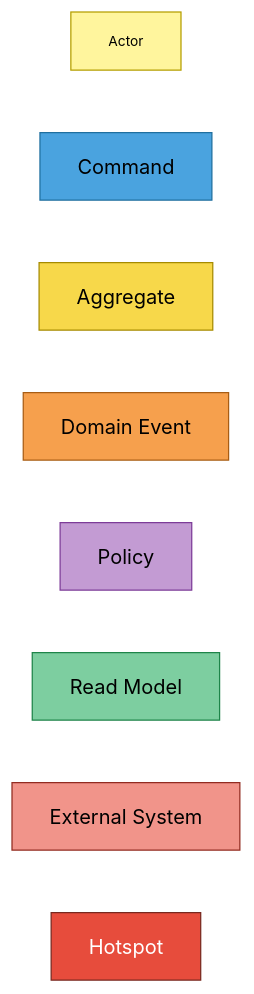
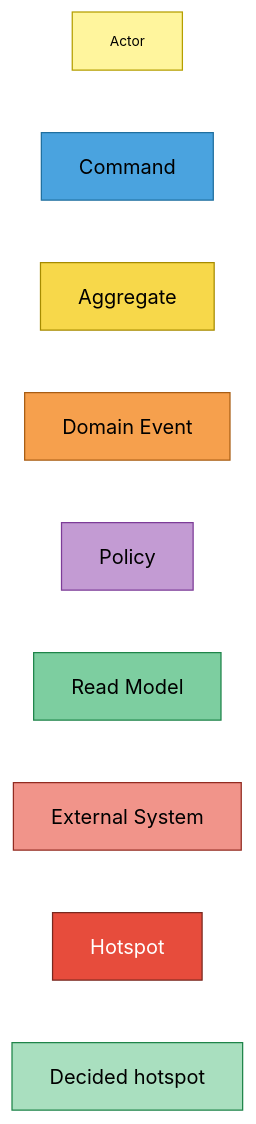
One commit to IQVO/inventory-storage changed the first of 4 diagrams in docs/docs/ddd/eventstorming.md. Above: the diagram before and after it, drawn with Mermaid. The commit also changed other lines of this file and 22 other files, not shown here.

````diff
--- a/docs/docs/ddd/eventstorming.md
+++ b/docs/docs/ddd/eventstorming.md
@@ -18,19 +18,21 @@
 ```mermaid
 flowchart LR
     A["Actor"]:::actor
     C["Command"]:::command
     AG["Aggregate"]:::aggregate
     E["Domain Event"]:::event
     P["Policy"]:::policy
     R["Read Model"]:::readmodel
     X["External System"]:::external
     H["Hotspot"]:::hotspot
+    D["Decided hotspot"]:::decided
     classDef actor fill:#fff59d,stroke:#b59f00,color:#000,font-size:11px
     classDef command fill:#4aa3df,stroke:#1f6f9f,color:#000
     classDef aggregate fill:#f7d84a,stroke:#a68b00,color:#000
     classDef event fill:#f6a04d,stroke:#a85d14,color:#000
     classDef policy fill:#c39bd3,stroke:#7d3c98,color:#000
     classDef readmodel fill:#7dcea0,stroke:#1e8449,color:#000
     classDef external fill:#f1948a,stroke:#922b21,color:#000
     classDef hotspot fill:#e74c3c,stroke:#78281f,color:#fff
+    classDef decided fill:#a9dfbf,stroke:#1e8449,color:#000
 ```
````
